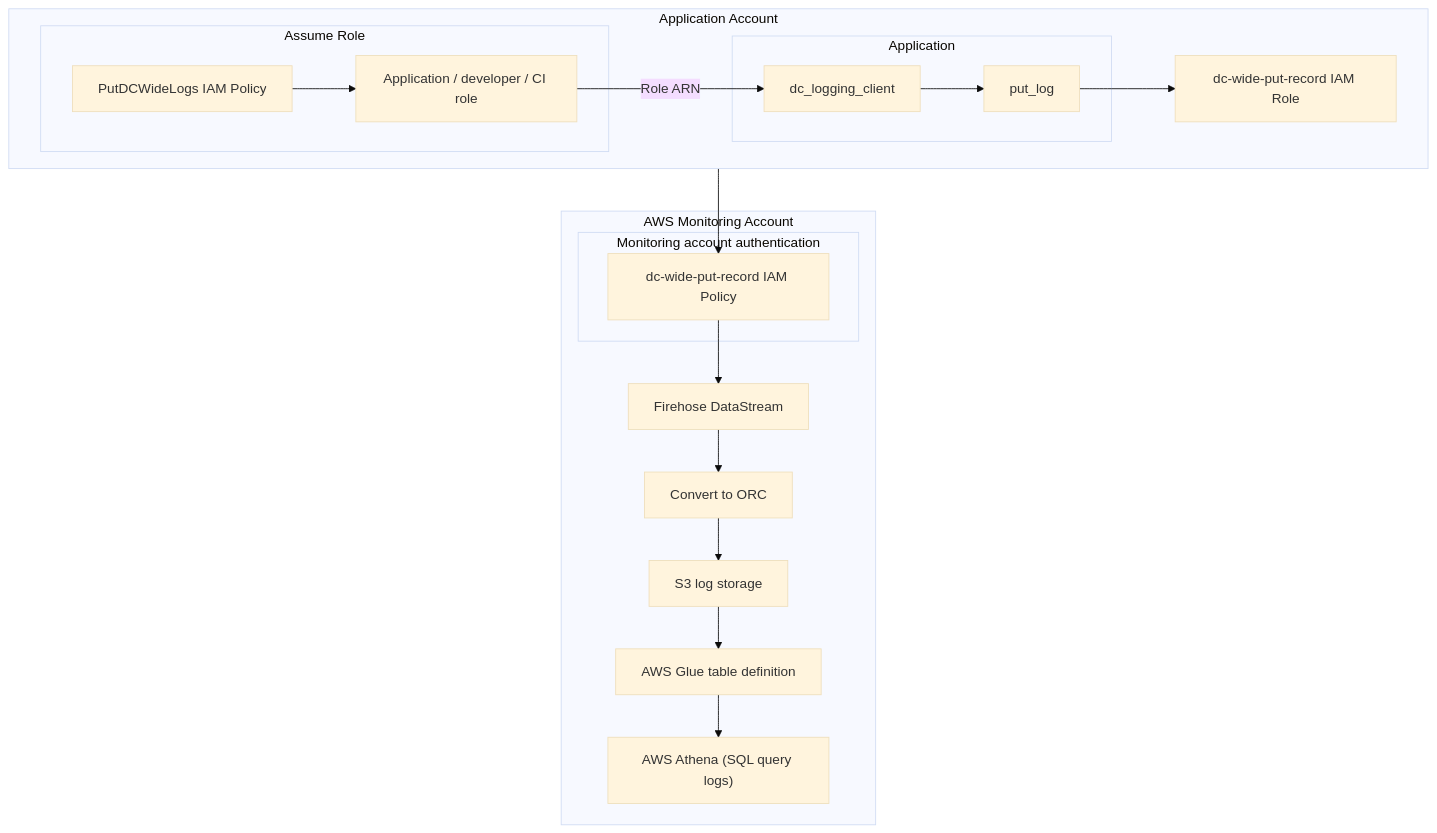
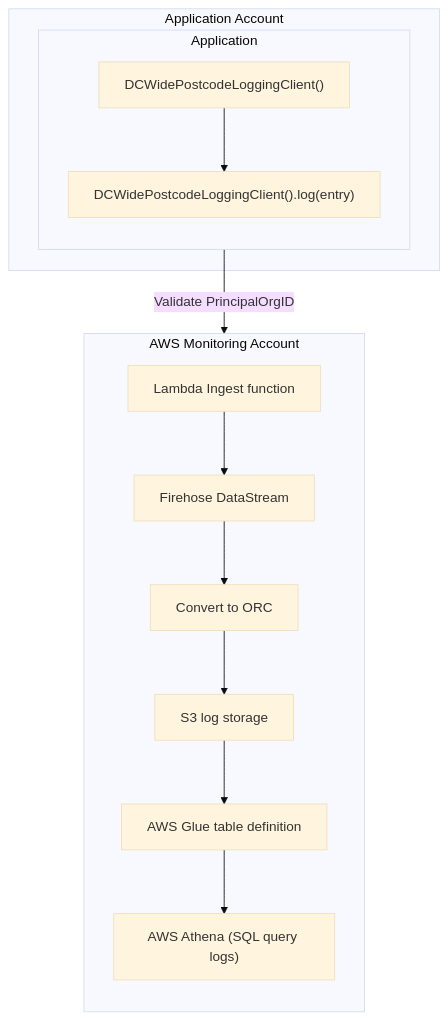
The diagram in README.md (DemocracyClub/dc_logging), drawn with Mermaid (base theme) before and after one commit. The commit also changed other lines of this file and 10 other files, not shown here.

First line of the commit message:
Overhaul logging client to use AWS Lambda initially

````diff
--- a/README.md
+++ b/README.md
@@ -127,35 +124,26 @@
 ```mermaid
 graph TB
+    dc_logging_client["DCWidePostcodeLoggingClient()"]
+    put_log["DCWidePostcodeLoggingClient().log(entry)"]
+    lambda_ingest["Lambda Ingest function"]
+    
     subgraph application_account [" Application Account"]
-        direction LR
-        subgraph app_sts ["Assume Role"]
-                application_policy["PutDCWideLogs IAM Policy"]
-                application_role["Application / developer / CI role"]
+        subgraph application ["Application"]
+            direction TB
+            dc_logging_client --> put_log
         end
-
-        subgraph application ["Application"]
-            dc_logging_client
-            put_log
-        end
-        application_policy --> application_role
-        application_role --> |Role ARN| dc_logging_client
-        dc_logging_client --> put_log
-        put_log --> monitoring_role
     end
 
     subgraph aws_monitoring ["AWS Monitoring Account"]
-        subgraph assume_role ["Monitoring account authentication"]
-            monitoring_role["dc-wide-put-record IAM Role"]
-            monitoring_policy["dc-wide-put-record IAM Policy"]
-        end
+        direction TB
+        application --Validate PrincipalOrgID--> lambda_ingest --> firehose
         firehose["Firehose DataStream"]
         convert["Convert to ORC"]
         s3["S3 log storage"]
         glue["AWS Glue table definition"]
         athena["AWS Athena (SQL query logs)"]
         
-        monitoring_role --> monitoring_policy --> firehose
         firehose --> convert --> s3
         s3 --> glue --> athena
     end
 ```
````
